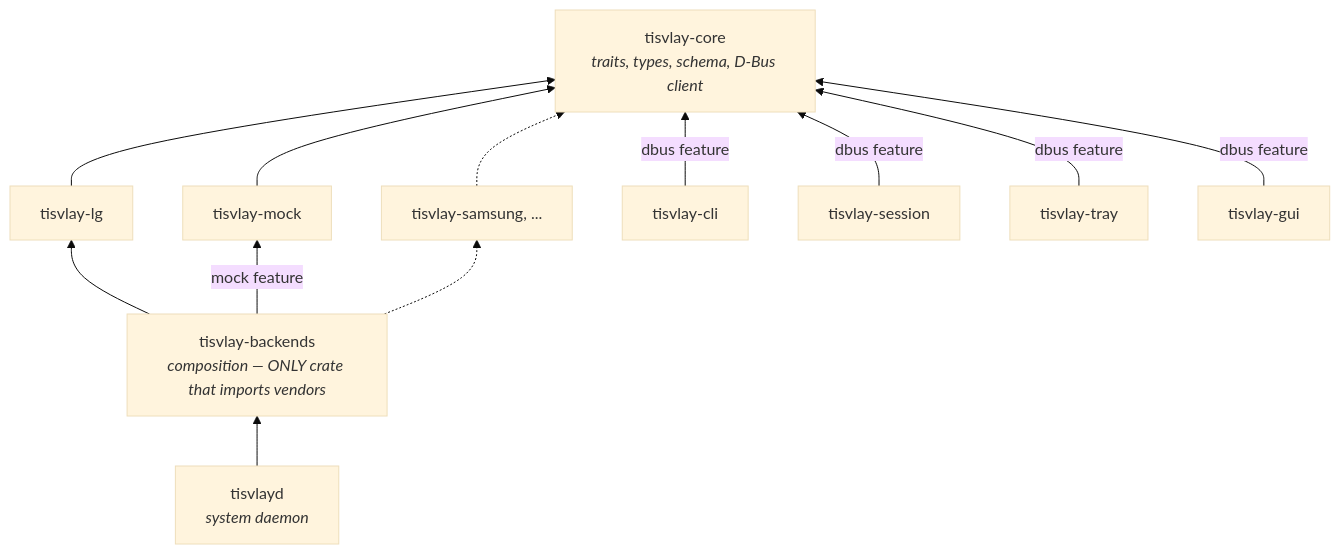
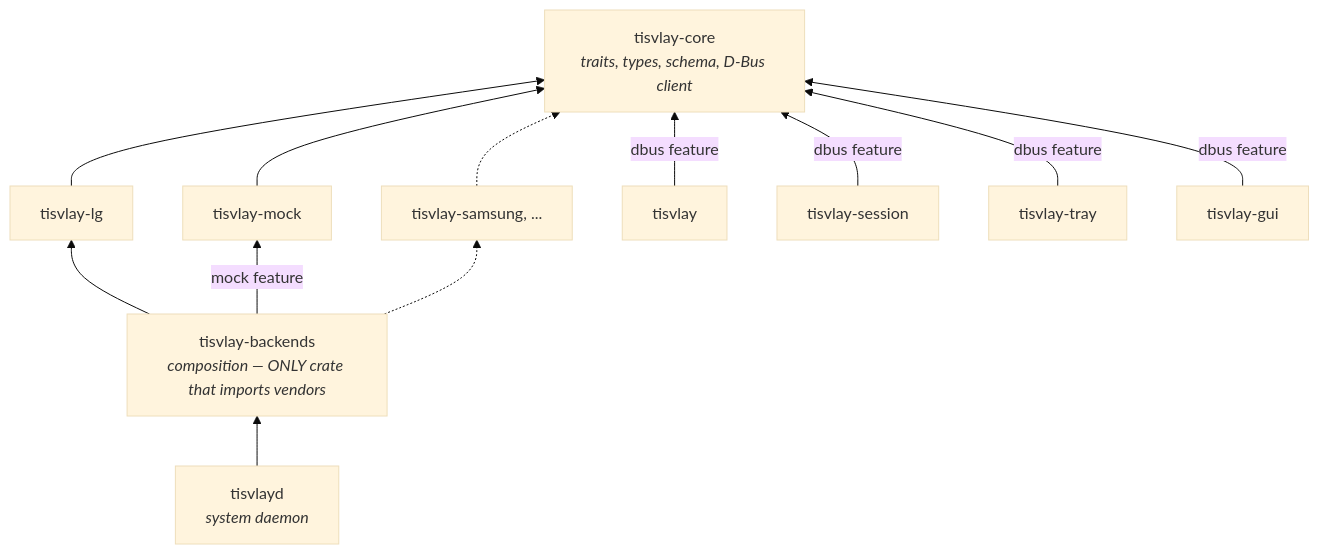
Before and after one commit to TisVlay/TisVlay: the second of 4 diagrams in docs/design.md, drawn with Mermaid (base theme). The commit also changed other lines of this file and 24 other files, not shown here.

First line of the commit message:
build: publish production crates to crates.io; rename tisvlay-cli -> tisvlay

````diff
--- a/docs/design.md
+++ b/docs/design.md
@@ -66,25 +66,25 @@
 ```mermaid
 graph BT
     core["tisvlay-core<br/><i>traits, types, schema, D-Bus client</i>"]
     lg["tisvlay-lg"]
     mock["tisvlay-mock"]
     samsung["tisvlay-samsung, ..."]
     backends["tisvlay-backends<br/><i>composition — ONLY crate that imports vendors</i>"]
     daemon["tisvlayd<br/><i>system daemon</i>"]
-    cli["tisvlay-cli"]
+    cli["tisvlay"]
     session["tisvlay-session"]
     tray["tisvlay-tray"]
     gui["tisvlay-gui"]
 
     lg --> core
     mock --> core
     samsung -.-> core
     backends --> lg
     backends -->|"mock feature"| mock
     backends -.-> samsung
     daemon --> backends
     cli -->|"dbus feature"| core
     session -->|"dbus feature"| core
     tray -->|"dbus feature"| core
     gui -->|"dbus feature"| core
 ```
````
